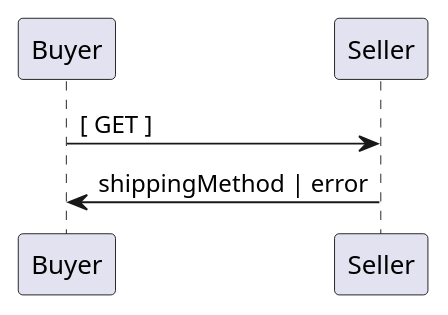
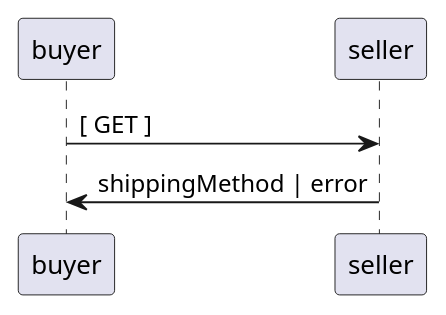
Before and after one commit to EciStg/order-placement: the first of 2 diagrams in shipping-method/shipping-method.org, drawn with PlantUML. The commit also changed other lines of this file and 21 other files, not shown here.

Commit message:
shipping-method : added documentation and examples for shipping method

```diff
--- a/shipping-method/shipping-method.org
+++ b/shipping-method/shipping-method.org
@@ -30,6 +30,6 @@
 #+BEGIN_SRC plantuml :file ../images/shipping-method-sequence.puml.png :exports results
   @startuml shipping-method-sequence.png
-  Buyer -> Seller: [ GET ]
-  Seller -> Buyer: shippingMethod | error
+  buyer -> seller: [ GET ]
+  seller -> buyer: shippingMethod | error
   @enduml
 #+END_SRC
```
